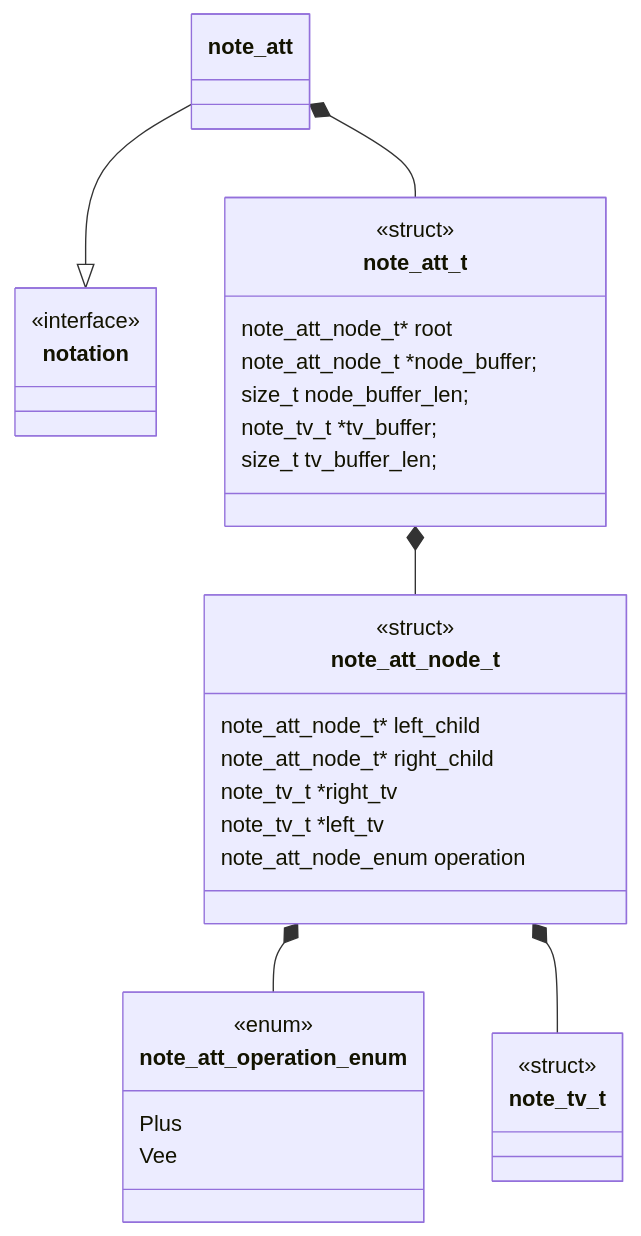
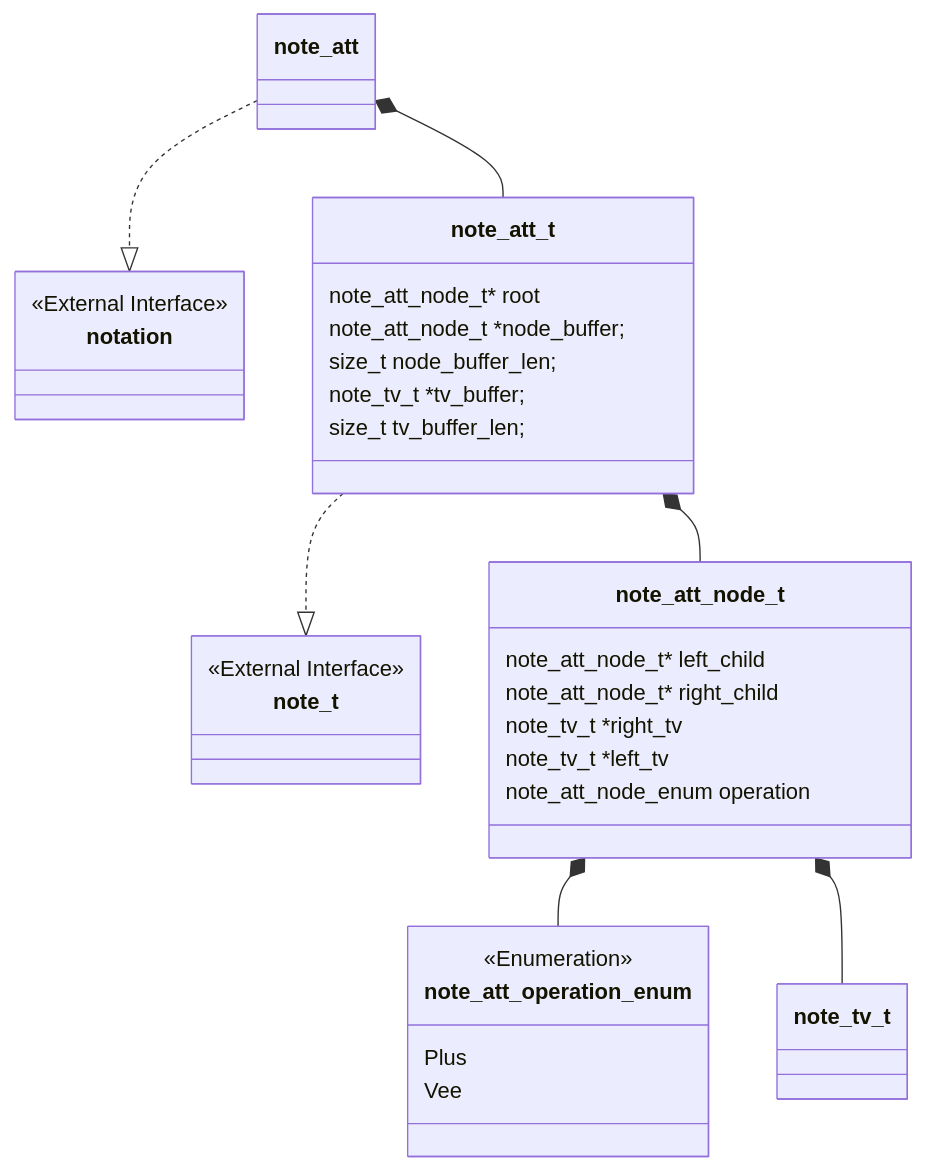
Before and after one commit to Joecstarr/thesis: the first of 5 diagrams in sections/software/documentation/notations/algebraic_tangle_tree.md, drawn with Mermaid. The commit also changed other lines of this file and 17 other files, not shown here.

Commit message:
Improve: Adds decorators for class diagrams. Adds two computations for arborescent generation.

````diff
--- a/sections/software/documentation/notations/algebraic_tangle_tree.md
+++ b/sections/software/documentation/notations/algebraic_tangle_tree.md
@@ -7,41 +7,45 @@
 ```mermaid
 classDiagram
-    note_att --|> notation
+    note_att ..|> notation
+    note_att_t ..|> note_t
     note_att *-- note_att_t
     note_att_t *-- note_att_node_t
     note_att_node_t *-- note_att_operation_enum
     note_att_node_t *-- note_tv_t
 
     class note_att_t {
-        <<struct>>
+
         note_att_node_t* root
         note_att_node_t *node_buffer;
         size_t node_buffer_len;
         note_tv_t *tv_buffer;
         size_t tv_buffer_len;
     }
 
     class note_att_operation_enum {
-        <<enum>>
+        <<Enumeration>>
         Plus
         Vee
     }
 
     class note_att_node_t {
-        <<struct>>
+
         note_att_node_t* left_child
         note_att_node_t* right_child
         note_tv_t *right_tv
         note_tv_t *left_tv
         note_att_node_enum operation
     }
 
     class notation {
-        <<interface>>
+        <<External Interface>>
     }
 
     class note_tv_t {
-        <<struct>>
+
+    }
+    class note_t {
+        <<External Interface>>
     }
 
 ```
````
